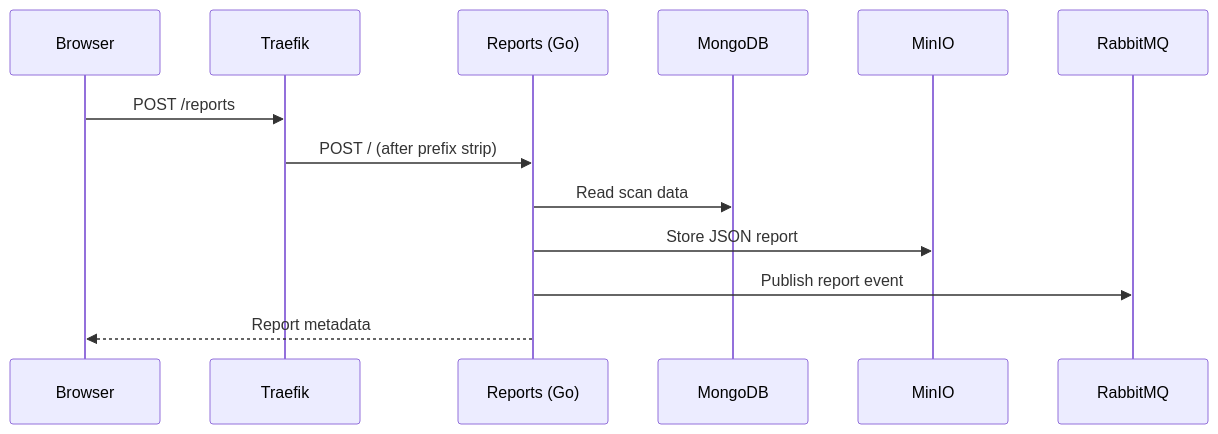
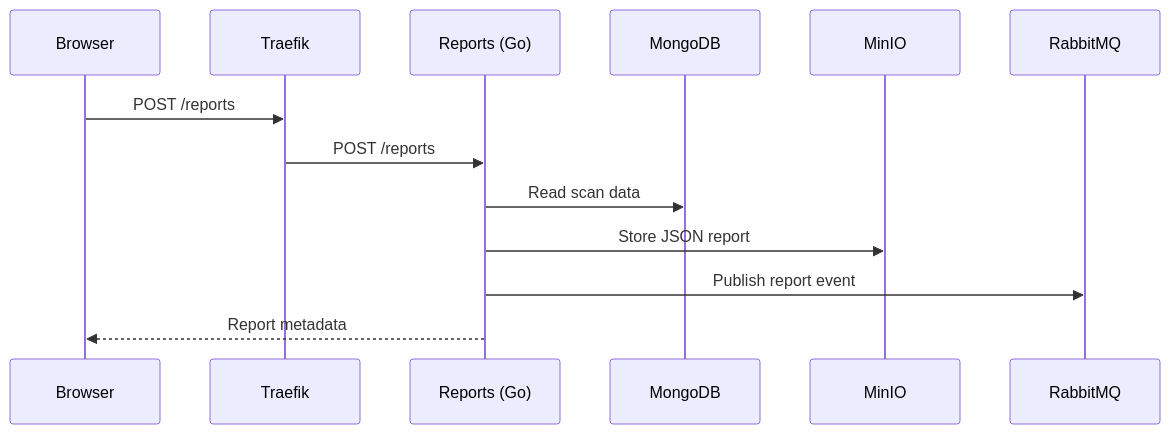
The third of 5 diagrams in docs/obsidian/01-Architecture/Data-Flow.md (M33HA1/ForgeHarbor), drawn with Mermaid before and after one commit. The commit also changed 43 other files, not shown here.

````diff
--- a/docs/obsidian/01-Architecture/Data-Flow.md
+++ b/docs/obsidian/01-Architecture/Data-Flow.md
@@ -50,16 +50,16 @@
 ```mermaid
 sequenceDiagram
     participant U as Browser
     participant T as Traefik
     participant R as Reports (Go)
     participant M as MongoDB
     participant S as MinIO
     participant Q as RabbitMQ
 
     U->>T: POST /reports
-    T->>R: POST / (after prefix strip)
+    T->>R: POST /reports
     R->>M: Read scan data
     R->>S: Store JSON report
     R->>Q: Publish report event
     R-->>U: Report metadata
 ```
````
